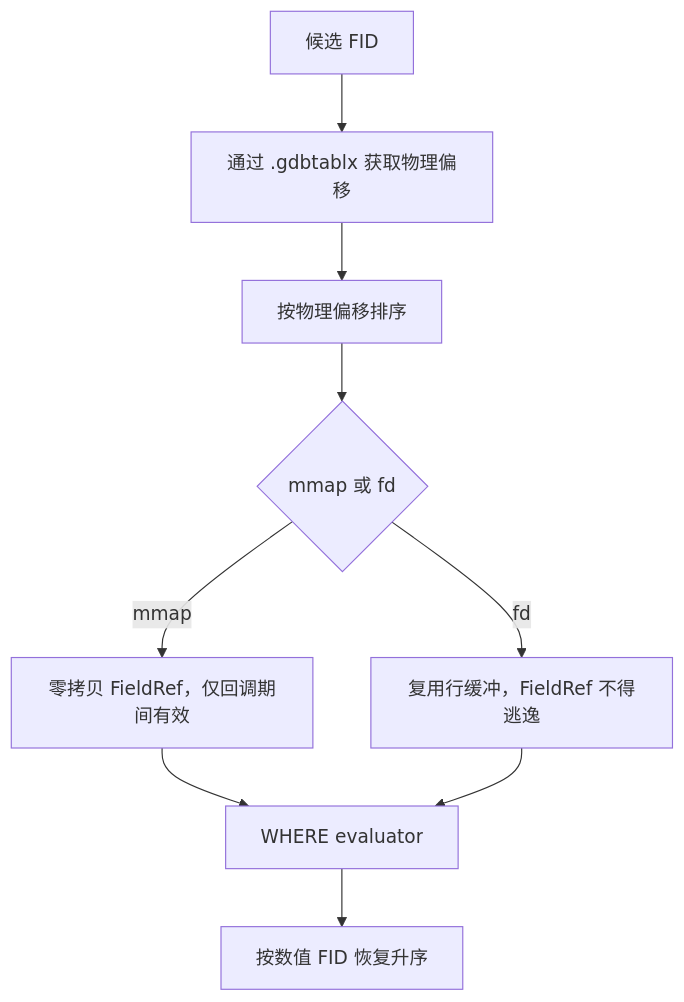
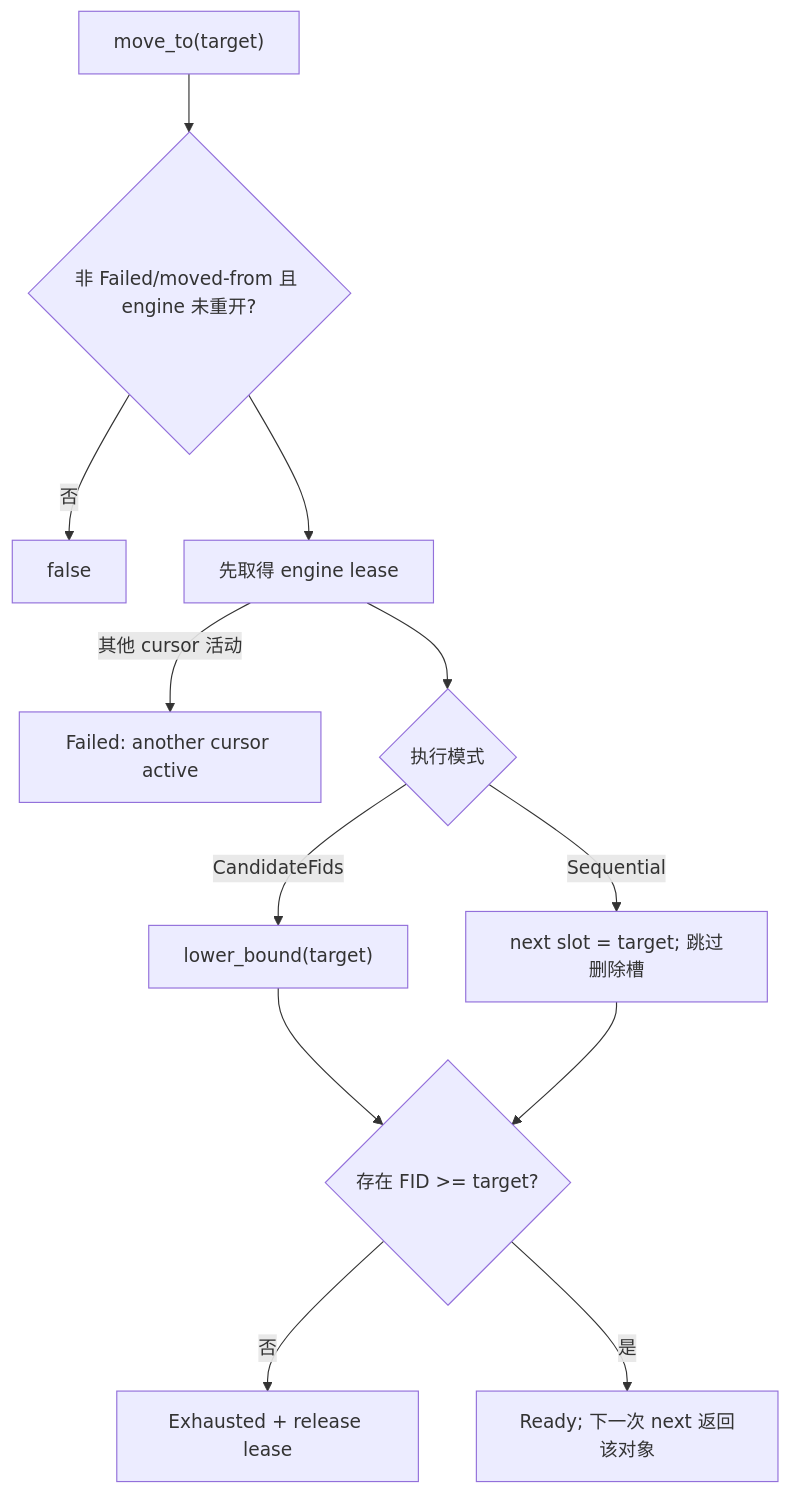
The fifth of 5 diagrams in src/edgar/explorgdb/reader/QUERY_FLOW.md (EdgarLQS/fast-gdb), drawn with Mermaid before and after one commit. The commit also changed other lines of this file, not shown here.

Commit message:
docs: document full-feature cursor and move_to flow

````diff
--- a/src/edgar/explorgdb/reader/QUERY_FLOW.md
+++ b/src/edgar/explorgdb/reader/QUERY_FLOW.md
@@ -160,11 +112,14 @@
 ```mermaid
 flowchart TD
-    FIDS["候选 FID"] --> OFF["通过 .gdbtablx 获取物理偏移"]
-    OFF --> SORT["按物理偏移排序"]
-    SORT --> MODE{"mmap 或 fd"}
-    MODE -->|mmap| MM["零拷贝 FieldRef，仅回调期间有效"]
-    MODE -->|fd| FD["复用行缓冲，FieldRef 不得逃逸"]
-    MM --> CALLBACK["WHERE evaluator"]
-    FD --> CALLBACK
-    CALLBACK --> RESTORE["按数值 FID 恢复升序"]
+    MOVE["move_to(target)"] --> VALID{"非 Failed/moved-from 且 engine 未重开?"}
+    VALID -->|否| FALSE["false"]
+    VALID --> LEASE["先取得 engine lease"]
+    LEASE -->|其他 cursor 活动| FAIL["Failed: another cursor active"]
+    LEASE --> MODE{"执行模式"}
+    MODE -->|CandidateFids| LOWER["lower_bound(target)"]
+    MODE -->|Sequential| SLOT["next slot = target; 跳过删除槽"]
+    LOWER --> FOUND{"存在 FID >= target?"}
+    SLOT --> FOUND
+    FOUND -->|否| EOF["Exhausted + release lease"]
+    FOUND -->|是| READY["Ready; 下一次 next 返回该对象"]
 ```
````
